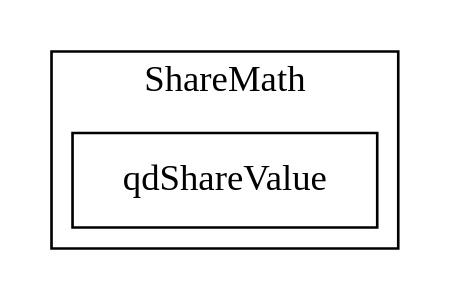
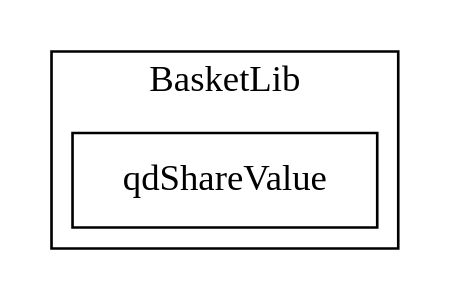
Before and after one commit to quidmints/SPV: the diagram in evm/slither-out/...ShareMath.call-graph.dot, drawn with Graphviz. The commit also changed 157 other files, not shown here.

```diff
--- a/evm/slither-out/...ShareMath.call-graph.dot
+++ b/evm/slither-out/...ShareMath.call-graph.dot
@@ -1,10 +1,10 @@
 strict digraph {
 rankdir="LR"
 node [shape=box]
 subgraph cluster_61478_ShareMath {
-label = "ShareMath"
+label = "BasketLib"
 "61478_qdShareValue" [label="qdShareValue"]
 }subgraph cluster_solidity {
 label = "[Solidity]"
 }
 }
```
